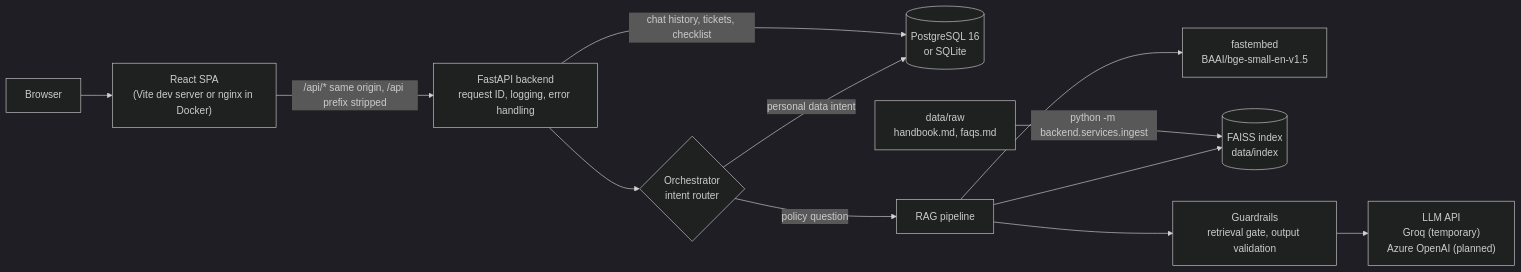
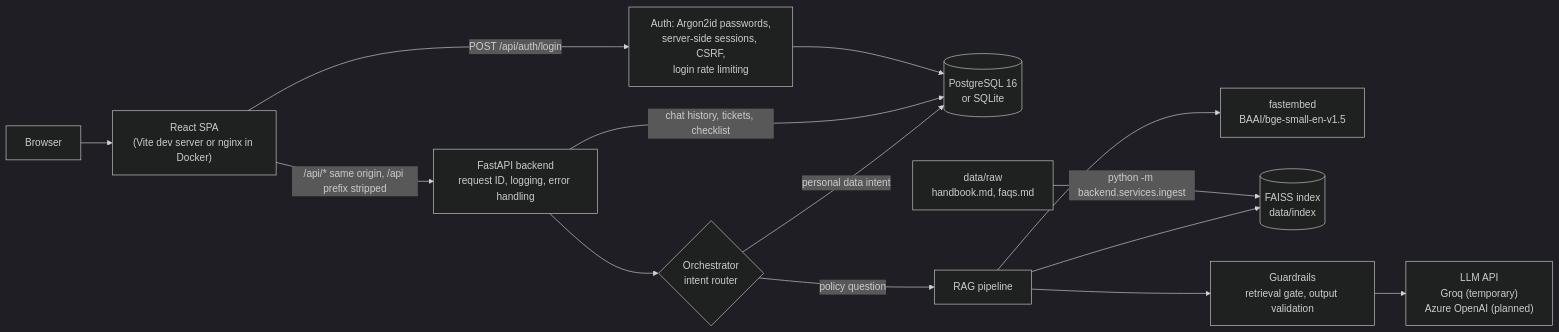
One commit to Eliksha/employee-onboarding-assistant changed the diagram in README.md. Above: the diagram before and after it, drawn with Mermaid (dark theme). The commit also changed other lines of this file and 28 other files, not shown here.

````diff
--- a/README.md
+++ b/README.md
@@ -35,14 +37,16 @@
 ```mermaid
 flowchart LR
     user["Browser"] --> fe["React SPA<br/>(Vite dev server or nginx in Docker)"]
     fe -->|"/api/* same origin, /api prefix stripped"| api["FastAPI backend<br/>request ID, logging, error handling"]
     api --> orch{"Orchestrator<br/>intent router"}
     orch -->|"personal data intent"| edb[("PostgreSQL 16<br/>or SQLite")]
     orch -->|"policy question"| rag["RAG pipeline"]
     rag --> emb["fastembed<br/>BAAI/bge-small-en-v1.5"]
     rag --> idx[("FAISS index<br/>data/index")]
     rag --> guard["Guardrails<br/>retrieval gate, output validation"]
     guard --> llm["LLM API<br/>Groq (temporary)<br/>Azure OpenAI (planned)"]
     api -->|"chat history, tickets, checklist"| edb
+    fe -->|"POST /api/auth/login"| authn["Auth: Argon2id passwords,<br/>server-side sessions, CSRF,<br/>login rate limiting"]
+    authn --> edb
     raw["data/raw<br/>handbook.md, faqs.md"] -->|"python -m backend.services.ingest"| idx
 ```
````
